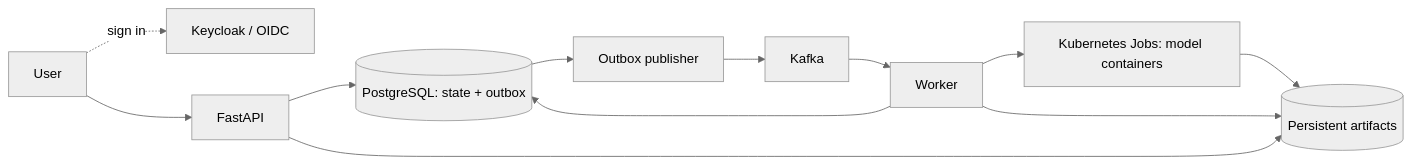
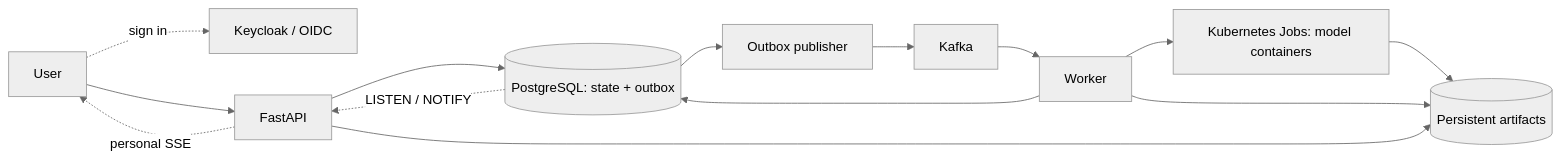
One commit to TRANSIENCE-MIC3/MIC3-API changed the first of 2 diagrams in docs/architecture/prd.md. Above: the diagram before and after it, drawn with Mermaid (neutral theme). The commit also changed other lines of this file and 20 other files, not shown here.

````diff
--- a/docs/architecture/prd.md
+++ b/docs/architecture/prd.md
@@ -22,14 +22,16 @@
 ```mermaid
 flowchart LR
     user[User] -. sign in .-> idp[Keycloak / OIDC]
     user --> api[FastAPI]
     api --> db[(PostgreSQL: state + outbox)]
     db --> publisher[Outbox publisher]
     publisher --> kafka[Kafka]
     kafka --> worker[Worker]
     worker --> db
+    db -. LISTEN / NOTIFY .-> api
+    api -. personal SSE .-> user
     worker --> jobs[Kubernetes Jobs: model containers]
     jobs --> storage[(Persistent artifacts)]
     worker --> storage
     api --> storage
 ```
````
